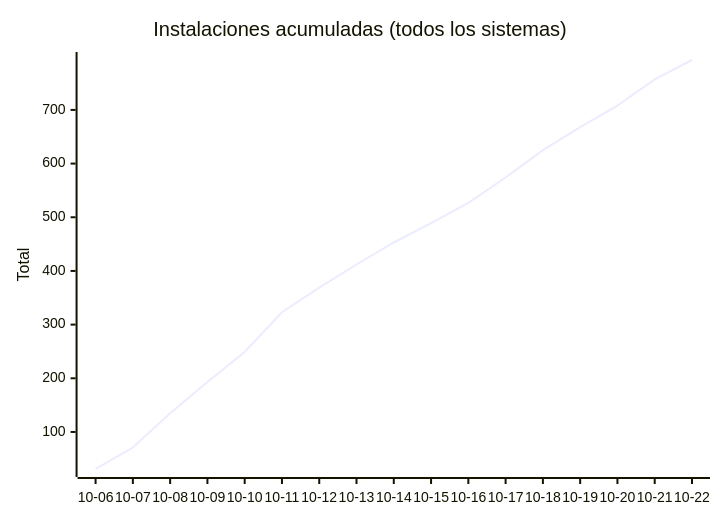
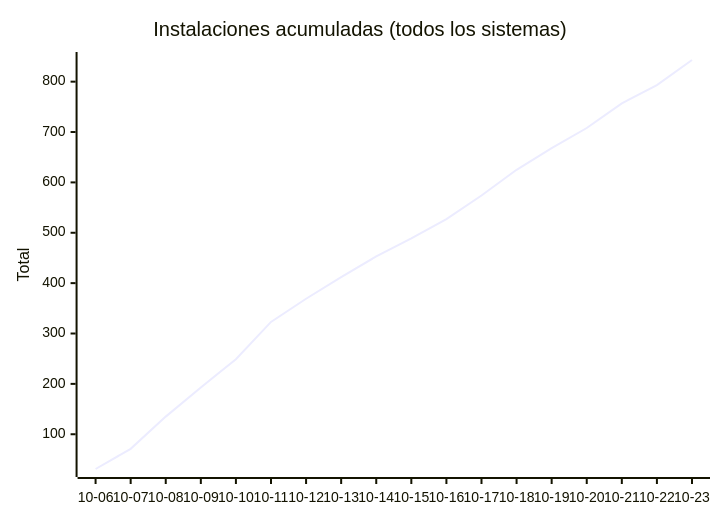
Before and after one commit to EmuDeck/stats: the eighth of 9 diagrams in README.md, drawn with Mermaid. The commit also changed other lines of this file and 2 other files, not shown here.

````diff
--- a/README.md
+++ b/README.md
@@ -84,7 +84,7 @@
 ```mermaid
 xychart-beta
     title "Instalaciones acumuladas (todos los sistemas)"
-    x-axis ["10-06", "10-07", "10-08", "10-09", "10-10", "10-11", "10-12", "10-13", "10-14", "10-15", "10-16", "10-17", "10-18", "10-19", "10-20", "10-21", "10-22"]
+    x-axis ["10-06", "10-07", "10-08", "10-09", "10-10", "10-11", "10-12", "10-13", "10-14", "10-15", "10-16", "10-17", "10-18", "10-19", "10-20", "10-21", "10-22", "10-23"]
     y-axis "Total"
-    line [31, 71, 135, 193, 249, 323, 369, 412, 453, 489, 527, 574, 625, 668, 708, 757, 793]
+    line [31, 71, 135, 193, 249, 323, 369, 412, 453, 489, 527, 574, 625, 668, 708, 757, 793, 843]
 ```
````
